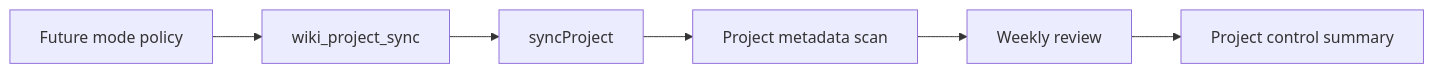
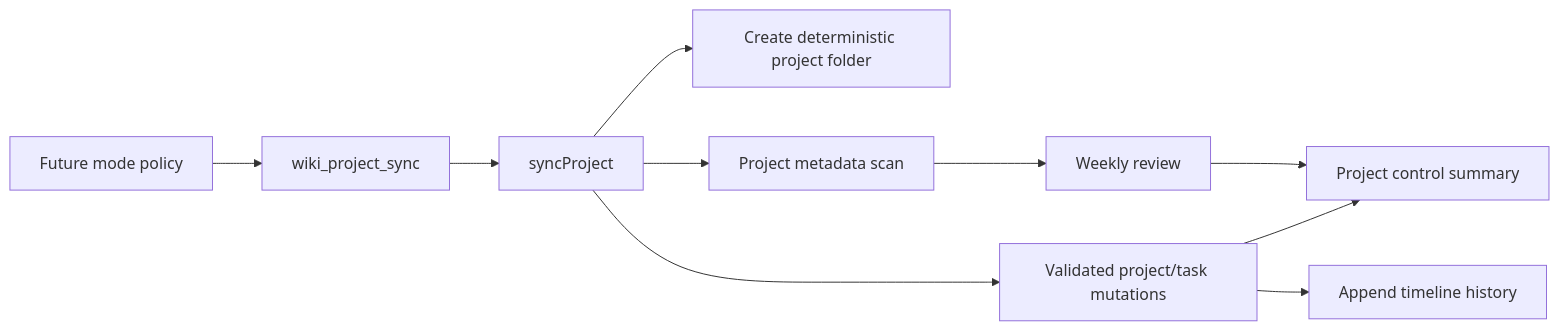
Before and after one commit to zhazhazuo/pi-brain-wiki: the diagram in repoWiki/06_features/future-mode-project-review.md, drawn with Mermaid. The commit also changed other lines of this file and 4 other files, not shown here.

````diff
--- a/repoWiki/06_features/future-mode-project-review.md
+++ b/repoWiki/06_features/future-mode-project-review.md
@@ -12,8 +12,12 @@
 ```mermaid
 flowchart LR
     Policy[Future mode policy] --> Tool[wiki_project_sync]
     Tool --> Sync[syncProject]
+    Sync --> Create[Create deterministic project folder]
     Sync --> Scan[Project metadata scan]
+    Sync --> Mutate[Validated project/task mutations]
+    Mutate --> Timeline[Append timeline history]
     Scan --> Review[Weekly review]
     Review --> Output[Project control summary]
+    Mutate --> Output
 ```
````
